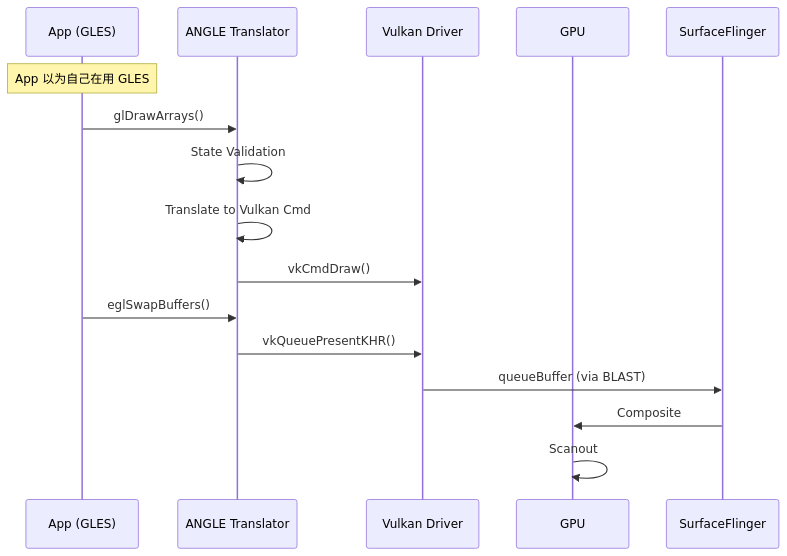
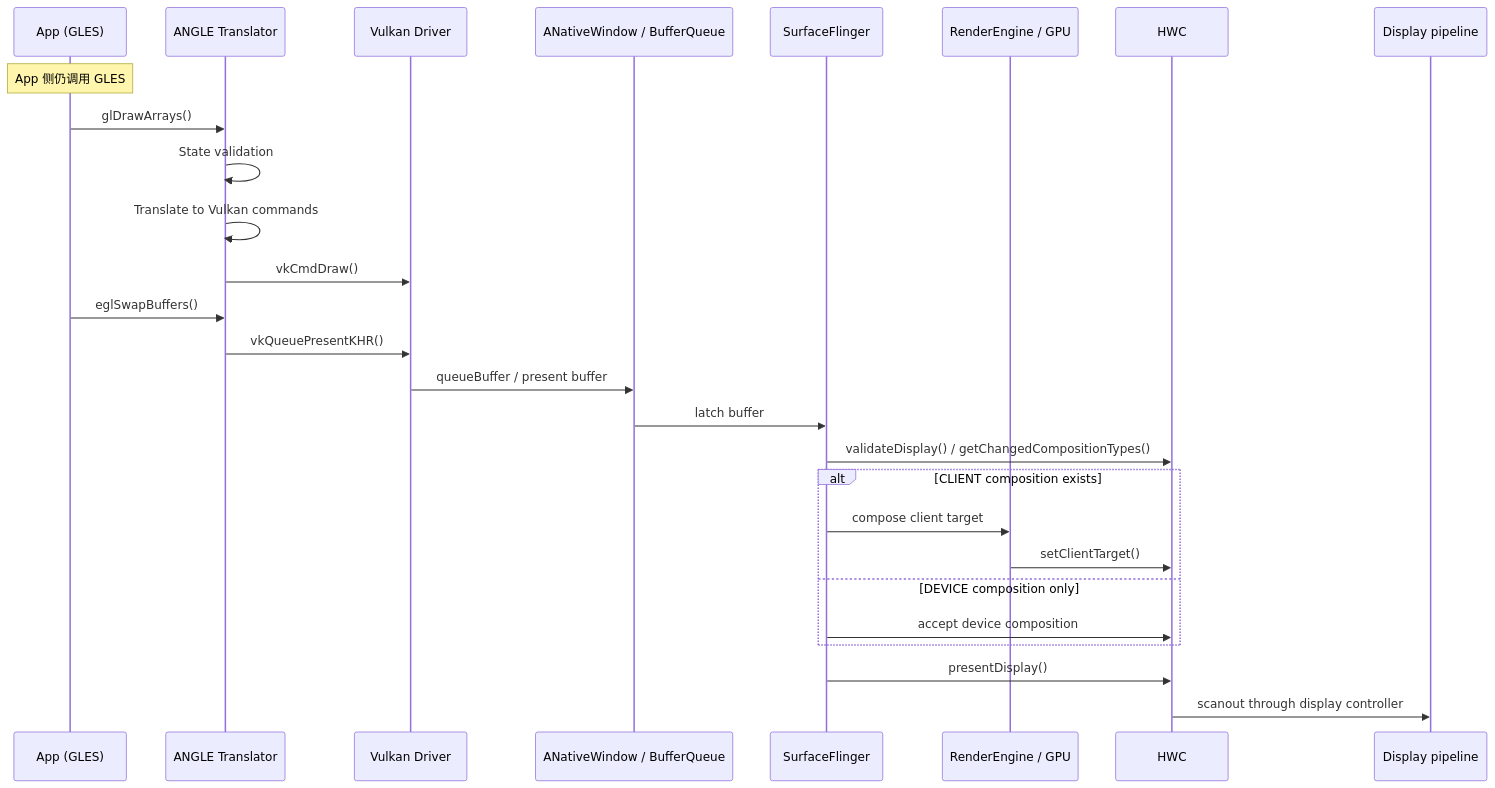
Before and after one commit to Gracker/android-internals-wiki: the second of 2 diagrams in src/part2-performance/ch18-rendering-pipelines/11-angle-gles-vulkan.md, drawn with Mermaid. The commit also changed other lines of this file and 4 other files, not shown here.

````diff
--- a/src/part2-performance/ch18-rendering-pipelines/11-angle-gles-vulkan.md
+++ b/src/part2-performance/ch18-rendering-pipelines/11-angle-gles-vulkan.md
@@ -119,21 +119,31 @@
 ```mermaid
 sequenceDiagram
     participant App as App (GLES)
     participant ANGLE as ANGLE Translator
     participant VK as Vulkan Driver
-    participant GPU as GPU
+    participant BQ as ANativeWindow / BufferQueue
     participant SF as SurfaceFlinger
+    participant RE as RenderEngine / GPU
+    participant HWC as HWC
+    participant DISP as Display pipeline
 
-    Note over App: App 以为自己在用 GLES
+    Note over App: App 侧仍调用 GLES
     App->>ANGLE: glDrawArrays()
-    ANGLE->>ANGLE: State Validation
-    ANGLE->>ANGLE: Translate to Vulkan Cmd
+    ANGLE->>ANGLE: State validation
+    ANGLE->>ANGLE: Translate to Vulkan commands
     ANGLE->>VK: vkCmdDraw()
-    
+
     App->>ANGLE: eglSwapBuffers()
     ANGLE->>VK: vkQueuePresentKHR()
-    VK->>SF: queueBuffer (via BLAST)
-    
-    SF->>GPU: Composite
-    GPU->>GPU: Scanout
+    VK->>BQ: queueBuffer / present buffer
+    BQ->>SF: latch buffer
+    SF->>HWC: validateDisplay() / getChangedCompositionTypes()
+    alt CLIENT composition exists
+        SF->>RE: compose client target
+        RE->>HWC: setClientTarget()
+    else DEVICE composition only
+        SF->>HWC: accept device composition
+    end
+    SF->>HWC: presentDisplay()
+    HWC->>DISP: scanout through display controller
 ```
````
